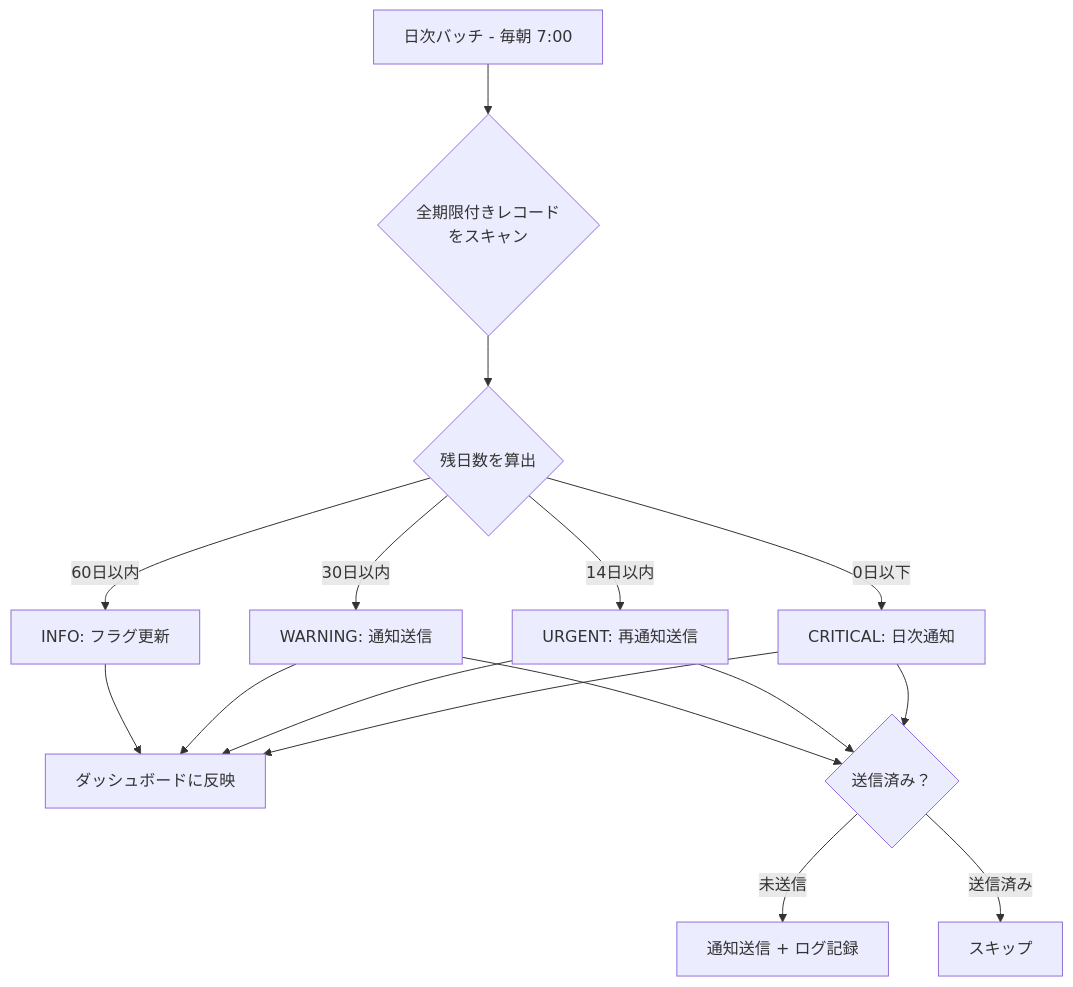
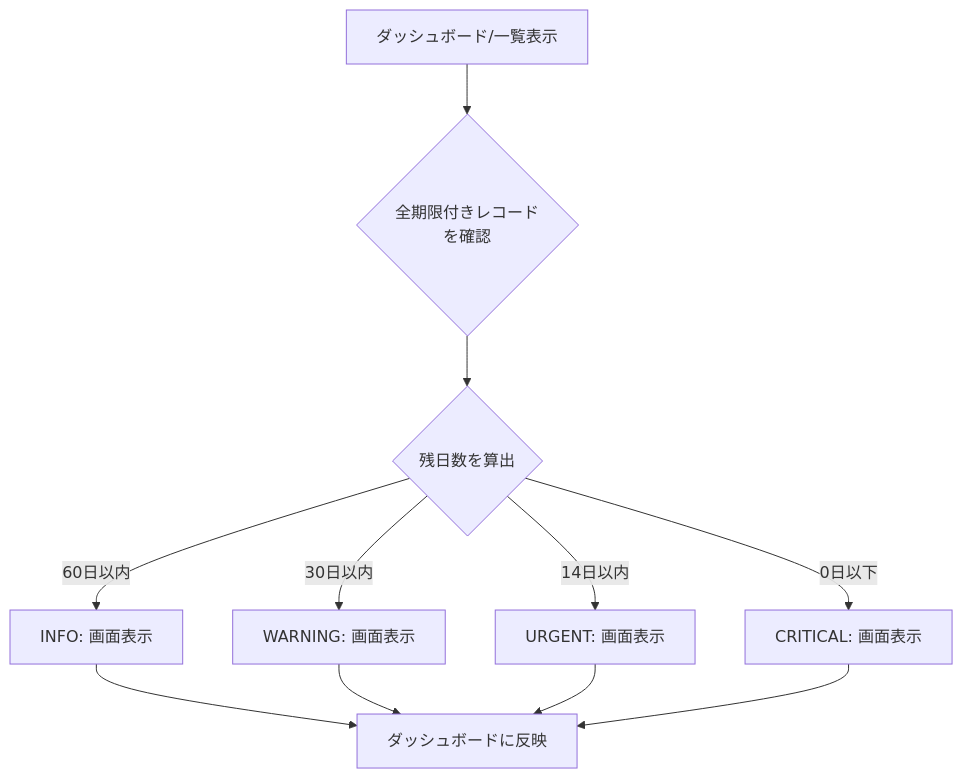
Before and after one commit to ayuuum/shinetsu-hochi-system: the third of 6 diagrams in detailed_prd.md, drawn with Mermaid. The commit also changed other lines of this file and 16 other files, not shown here.

````diff
--- a/detailed_prd.md
+++ b/detailed_prd.md
@@ -204,14 +204,11 @@
 ```mermaid
 flowchart TD
-    A[日次バッチ - 毎朝 7:00] --> B{全期限付きレコード<br/>をスキャン}
+    A[ダッシュボード/一覧表示] --> B{全期限付きレコード<br/>を確認}
     B --> C{残日数を算出}
-    C -->|60日以内| D[INFO: フラグ更新]
-    C -->|30日以内| E[WARNING: 通知送信]
-    C -->|14日以内| F[URGENT: 再通知送信]
-    C -->|0日以下| G[CRITICAL: 日次通知]
+    C -->|60日以内| D[INFO: 画面表示]
+    C -->|30日以内| E[WARNING: 画面表示]
+    C -->|14日以内| F[URGENT: 画面表示]
+    C -->|0日以下| G[CRITICAL: 画面表示]
     
     D & E & F & G --> H[ダッシュボードに反映]
-    E & F & G --> I{送信済み？}
-    I -->|未送信| J[通知送信 + ログ記録]
-    I -->|送信済み| K[スキップ]
 ```
````
